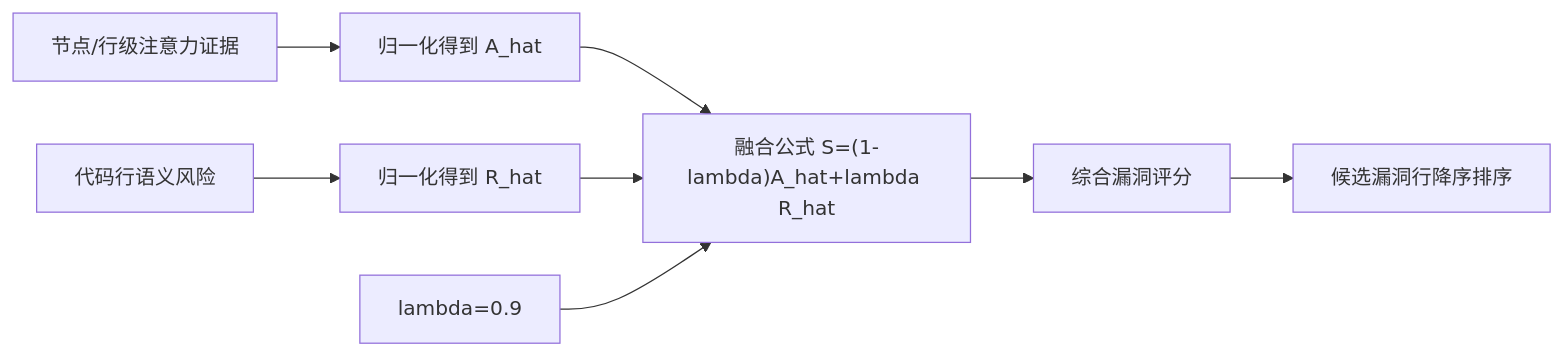
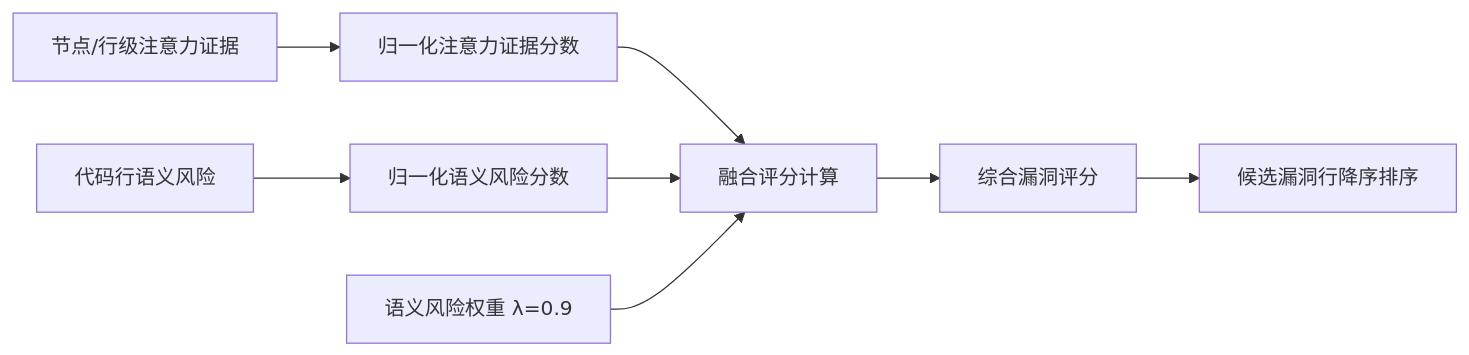
The second of 3 diagrams in docs/thesis/full_paper_final.md (ATao-Zhang/msgvd), drawn with Mermaid before and after one commit. The commit also changed other lines of this file, not shown here.

Commit message:
fix: 修复论文公式与流程图在 GitHub 中的显示问题

````diff
--- a/docs/thesis/full_paper_final.md
+++ b/docs/thesis/full_paper_final.md
@@ -166,10 +162,10 @@
 ```mermaid
 flowchart LR
-    A["节点/行级注意力证据"] --> B["归一化得到 A_hat"]
-    C["代码行语义风险"] --> D["归一化得到 R_hat"]
-    B --> E["融合公式 S=(1-lambda)A_hat+lambda R_hat"]
+    A["节点/行级注意力证据"] --> B["归一化注意力证据分数"]
+    C["代码行语义风险"] --> D["归一化语义风险分数"]
+    B --> E["融合评分计算"]
     D --> E
-    L["lambda=0.9"] --> E
+    L["语义风险权重 λ=0.9"] --> E
     E --> F["综合漏洞评分"]
     F --> G["候选漏洞行降序排序"]
 ```
````
